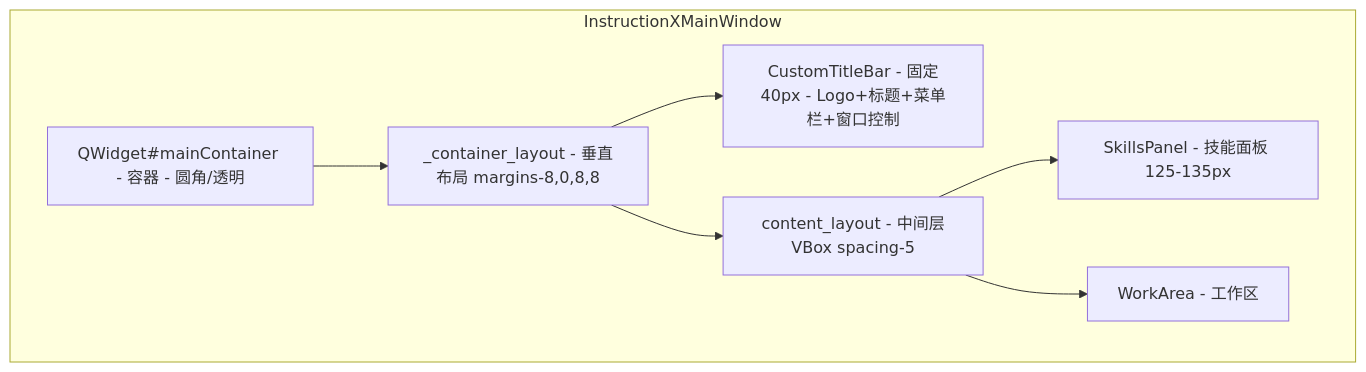
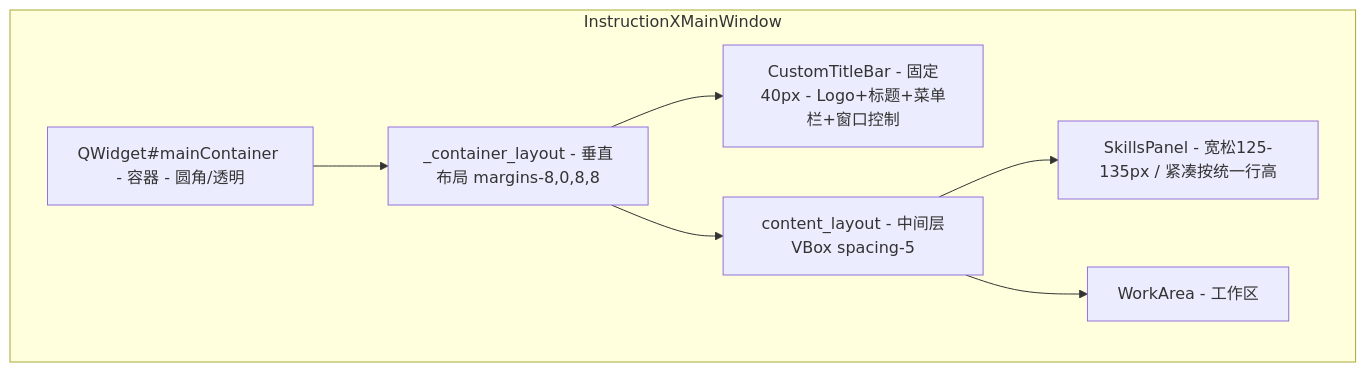
One commit to KKPIP-Tech/InstructionX changed the first of 5 diagrams in docs/ui/main-window.md. Above: the diagram before and after it, drawn with Mermaid. The commit also changed other lines of this file and 17 other files, not shown here.

````diff
--- a/docs/ui/main-window.md
+++ b/docs/ui/main-window.md
@@ -19,17 +19,17 @@
 ```mermaid
 graph TB
     subgraph Window [InstructionXMainWindow]
         Container[QWidget#mainContainer - 容器 - 圆角/透明]
         CL[_container_layout - 垂直布局 margins-8,0,8,8]
         TitleBar[CustomTitleBar - 固定40px - Logo+标题+菜单栏+窗口控制]
         Content[content_layout - 中间层VBox spacing-5]
-        SP[SkillsPanel - 技能面板 125-135px]
+        SP[SkillsPanel - 宽松125-135px / 紧凑按统一行高]
         WA[WorkArea - 工作区]
     end
 
     Container --> CL
     CL --> TitleBar
     CL --> Content
     Content --> SP
     Content --> WA
 ```
````
